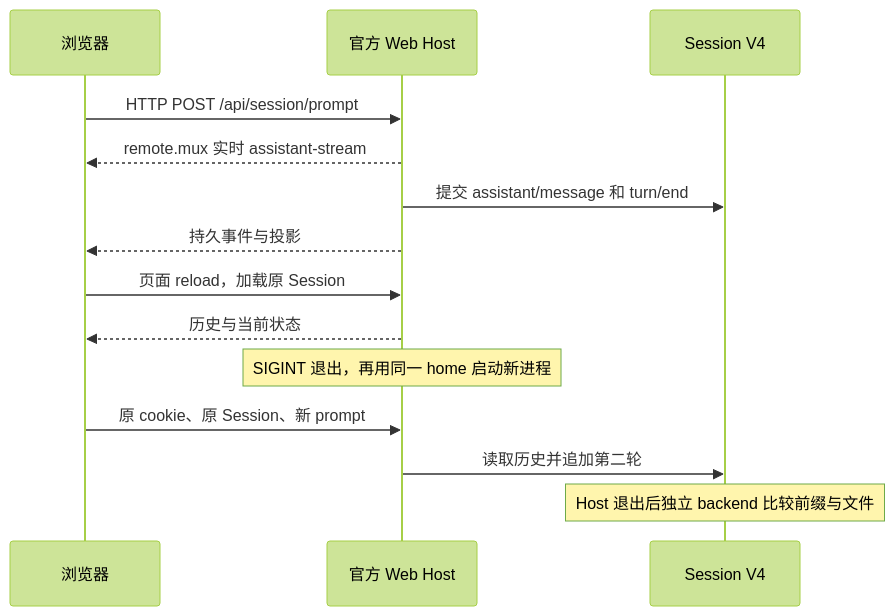
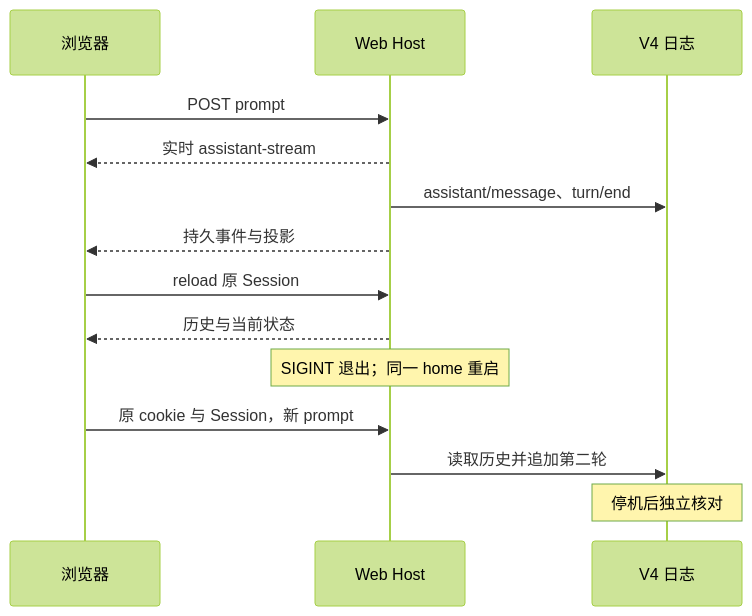
Before and after one commit to eriklee1895/hands-on-dsh: the diagram in labs/web-host-lifecycle/README.md, drawn with Mermaid (forest theme). The commit also changed other lines of this file and 86 other files, not shown here.

Commit message:
docs: improve course narrative, technical guidance, and diagrams

````diff
--- a/labs/web-host-lifecycle/README.md
+++ b/labs/web-host-lifecycle/README.md
@@ -82,16 +97,16 @@
 ```mermaid
 sequenceDiagram
     participant B as 浏览器
-    participant H as 官方 Web Host
-    participant D as Session V4
-    B->>H: HTTP POST /api/session/prompt
-    H-->>B: remote.mux 实时 assistant-stream
-    H->>D: 提交 assistant/message 和 turn/end
+    participant H as Web Host
+    participant D as V4 日志
+    B->>H: POST prompt
+    H-->>B: 实时 assistant-stream
+    H->>D: assistant/message、turn/end
     H-->>B: 持久事件与投影
-    B->>H: 页面 reload，加载原 Session
+    B->>H: reload 原 Session
     H-->>B: 历史与当前状态
-    Note over H: SIGINT 退出，再用同一 home 启动新进程
-    B->>H: 原 cookie、原 Session、新 prompt
+    Note over H: SIGINT 退出；同一 home 重启
+    B->>H: 原 cookie 与 Session，新 prompt
     H->>D: 读取历史并追加第二轮
-    Note over D: Host 退出后独立 backend 比较前缀与文件
+    Note over D: 停机后独立核对
 ```
````
